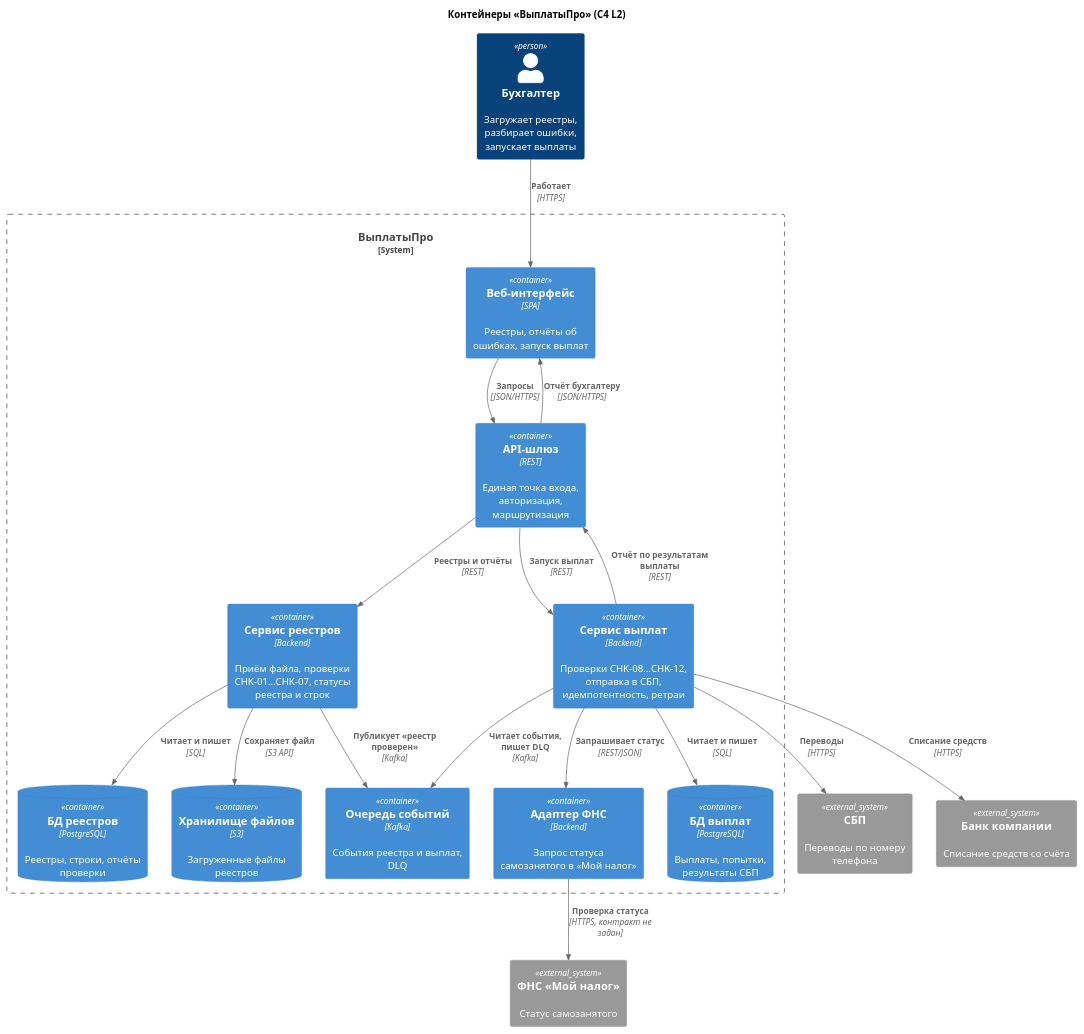
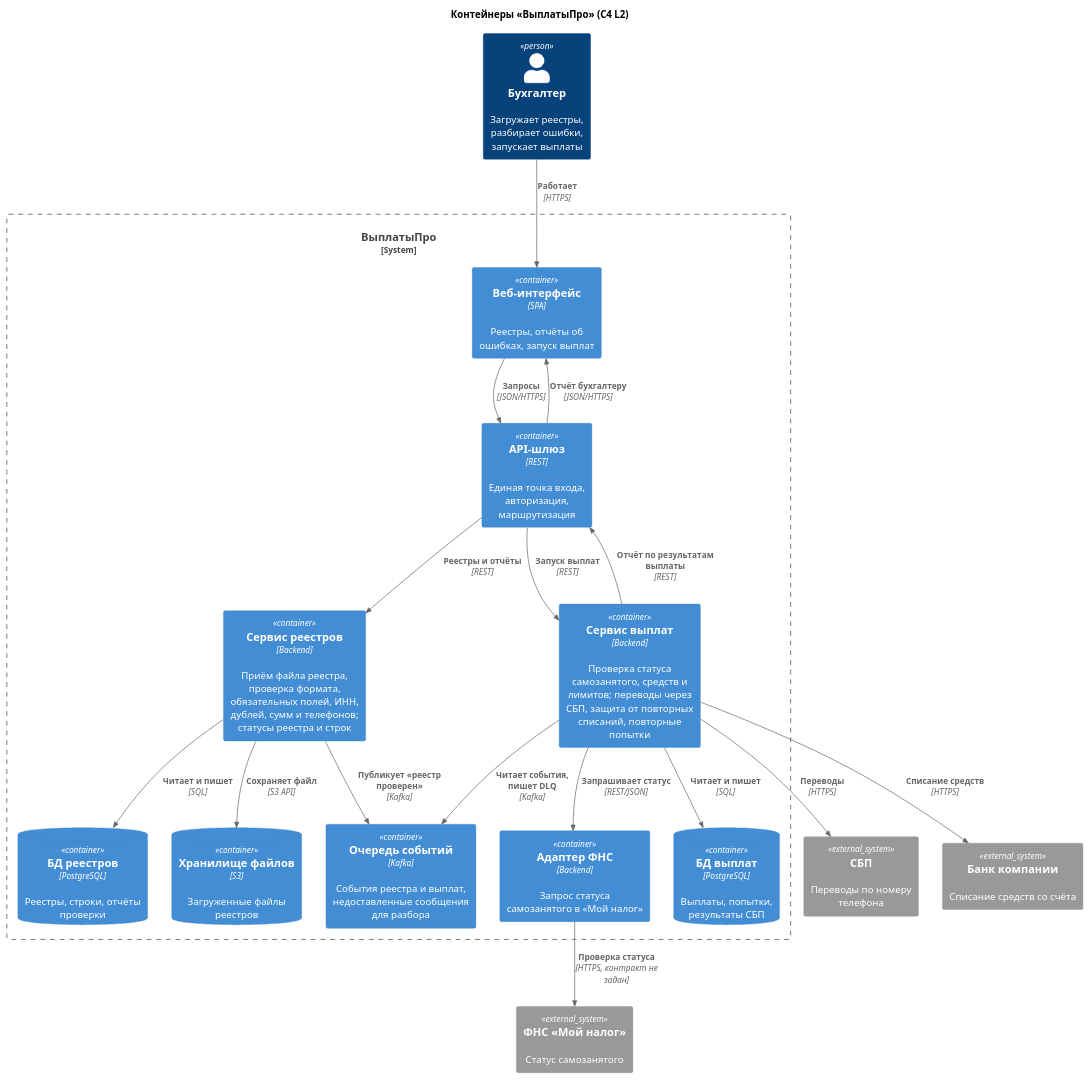
The diagram in artifacts/c4-container.md (Antipindima1/722), drawn with PlantUML before and after one commit. The commit also changed other lines of this file, not shown here.

Commit message:
docs(c4): describe containers with plain requirements

````diff
--- a/artifacts/c4-container.md
+++ b/artifacts/c4-container.md
@@ -21,42 +21,42 @@
 ```plantuml
 @startuml
 !include <C4/C4_Container>
 
 title Контейнеры «ВыплатыПро» (C4 L2)
 
 Person(accountant, "Бухгалтер", "Загружает реестры, разбирает ошибки, запускает выплаты")
 
 System_Boundary(s, "ВыплатыПро") {
   Container(web, "Веб-интерфейс", "SPA", "Реестры, отчёты об ошибках, запуск выплат")
   Container(api, "API-шлюз", "REST", "Единая точка входа, авторизация, маршрутизация")
-  Container(registry, "Сервис реестров", "Backend", "Приём файла, проверки CHK-01…CHK-07, статусы реестра и строк")
-  Container(payout, "Сервис выплат", "Backend", "Проверки CHK-08…CHK-12, отправка в СБП, идемпотентность, ретраи")
+  Container(registry, "Сервис реестров", "Backend", "Приём файла реестра, проверка формата, обязательных полей, ИНН, дублей, сумм и телефонов; статусы реестра и строк")
+  Container(payout, "Сервис выплат", "Backend", "Проверка статуса самозанятого, средств и лимитов; переводы через СБП, защита от повторных списаний, повторные попытки")
   Container(fns, "Адаптер ФНС", "Backend", "Запрос статуса самозанятого в «Мой налог»")
-  Container(queue, "Очередь событий", "Kafka", "События реестра и выплат, DLQ")
+  Container(queue, "Очередь событий", "Kafka", "События реестра и выплат, недоставленные сообщения для разбора")
   ContainerDb(dbReg, "БД реестров", "PostgreSQL", "Реестры, строки, отчёты проверки")
   ContainerDb(dbPay, "БД выплат", "PostgreSQL", "Выплаты, попытки, результаты СБП")
   ContainerDb(storage, "Хранилище файлов", "S3", "Загруженные файлы реестров")
 }
 
 System_Ext(fnsExt, "ФНС «Мой налог»", "Статус самозанятого")
 System_Ext(sbp, "СБП", "Переводы по номеру телефона")
 System_Ext(bank, "Банк компании", "Списание средств со счёта")
 
 Rel(accountant, web, "Работает", "HTTPS")
 Rel(web, api, "Запросы", "JSON/HTTPS")
 Rel(api, registry, "Реестры и отчёты", "REST")
 Rel(api, payout, "Запуск выплат", "REST")
 Rel(registry, storage, "Сохраняет файл", "S3 API")
 Rel(registry, dbReg, "Читает и пишет", "SQL")
 Rel(registry, queue, "Публикует «реестр проверен»", "Kafka")
 Rel(payout, queue, "Читает события, пишет DLQ", "Kafka")
 Rel(payout, dbPay, "Читает и пишет", "SQL")
 Rel(payout, api, "Отчёт по результатам выплаты", "REST")
 Rel(api, web, "Отчёт бухгалтеру", "JSON/HTTPS")
 Rel(payout, fns, "Запрашивает статус", "REST/JSON")
 Rel(fns, fnsExt, "Проверка статуса", "HTTPS, контракт не задан")
 Rel(payout, sbp, "Переводы", "HTTPS")
 Rel(payout, bank, "Списание средств", "HTTPS")
 
 @enduml
 ```
````
